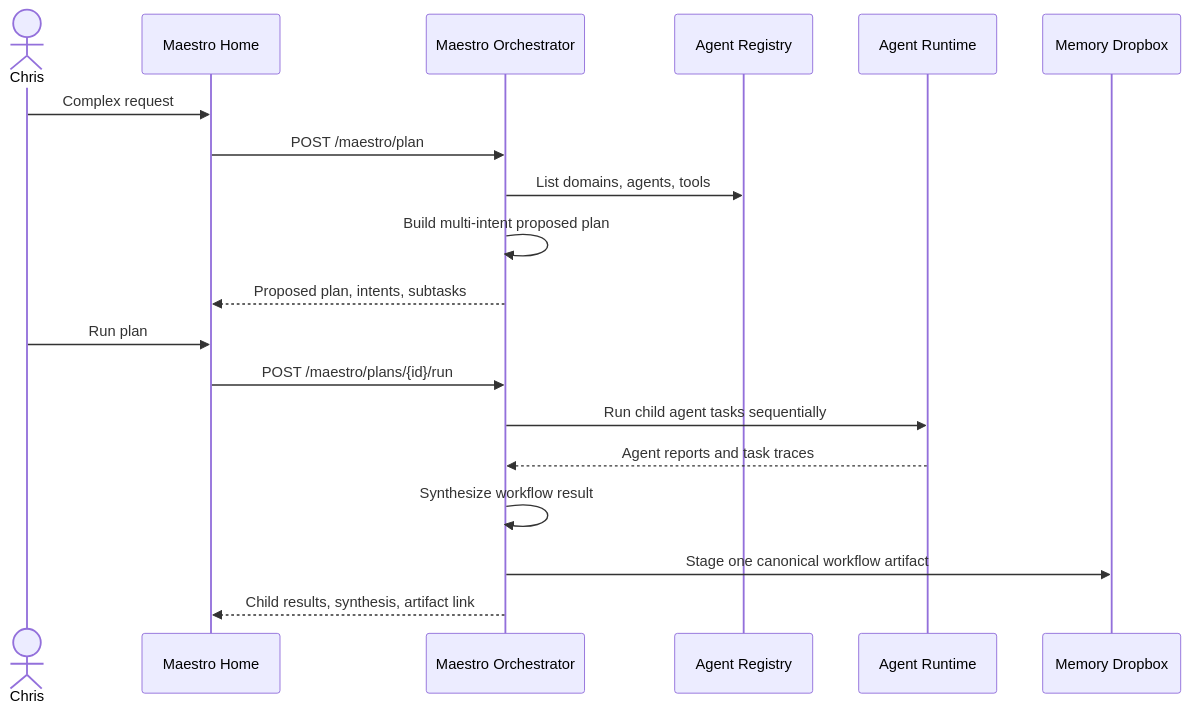
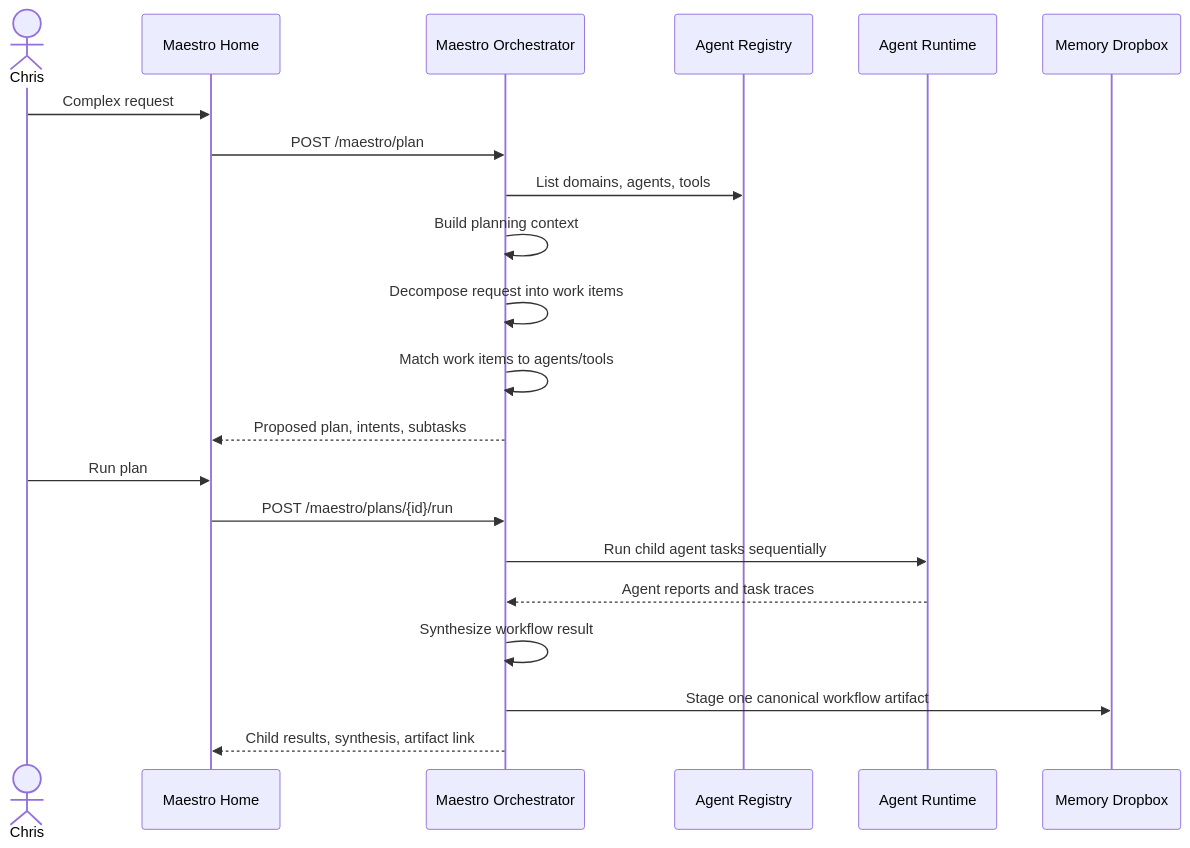
Before and after one commit to Caliperti1/Maestro: the diagram in docs/MAESTRO_ORCHESTRATOR.md, drawn with Mermaid. The commit also changed other lines of this file and 6 other files, not shown here.

````diff
--- a/docs/MAESTRO_ORCHESTRATOR.md
+++ b/docs/MAESTRO_ORCHESTRATOR.md
@@ -9,22 +9,24 @@
 ```mermaid
 sequenceDiagram
     actor Chris
     participant UI as Maestro Home
     participant Orchestrator as Maestro Orchestrator
     participant Registry as Agent Registry
     participant Runtime as Agent Runtime
     participant Memory as Memory Dropbox
 
     Chris->>UI: Complex request
     UI->>Orchestrator: POST /maestro/plan
     Orchestrator->>Registry: List domains, agents, tools
-    Orchestrator->>Orchestrator: Build multi-intent proposed plan
+    Orchestrator->>Orchestrator: Build planning context
+    Orchestrator->>Orchestrator: Decompose request into work items
+    Orchestrator->>Orchestrator: Match work items to agents/tools
     Orchestrator-->>UI: Proposed plan, intents, subtasks
     Chris->>UI: Run plan
     UI->>Orchestrator: POST /maestro/plans/{id}/run
     Orchestrator->>Runtime: Run child agent tasks sequentially
     Runtime-->>Orchestrator: Agent reports and task traces
     Orchestrator->>Orchestrator: Synthesize workflow result
     Orchestrator->>Memory: Stage one canonical workflow artifact
     Orchestrator-->>UI: Child results, synthesis, artifact link
 ```
````
